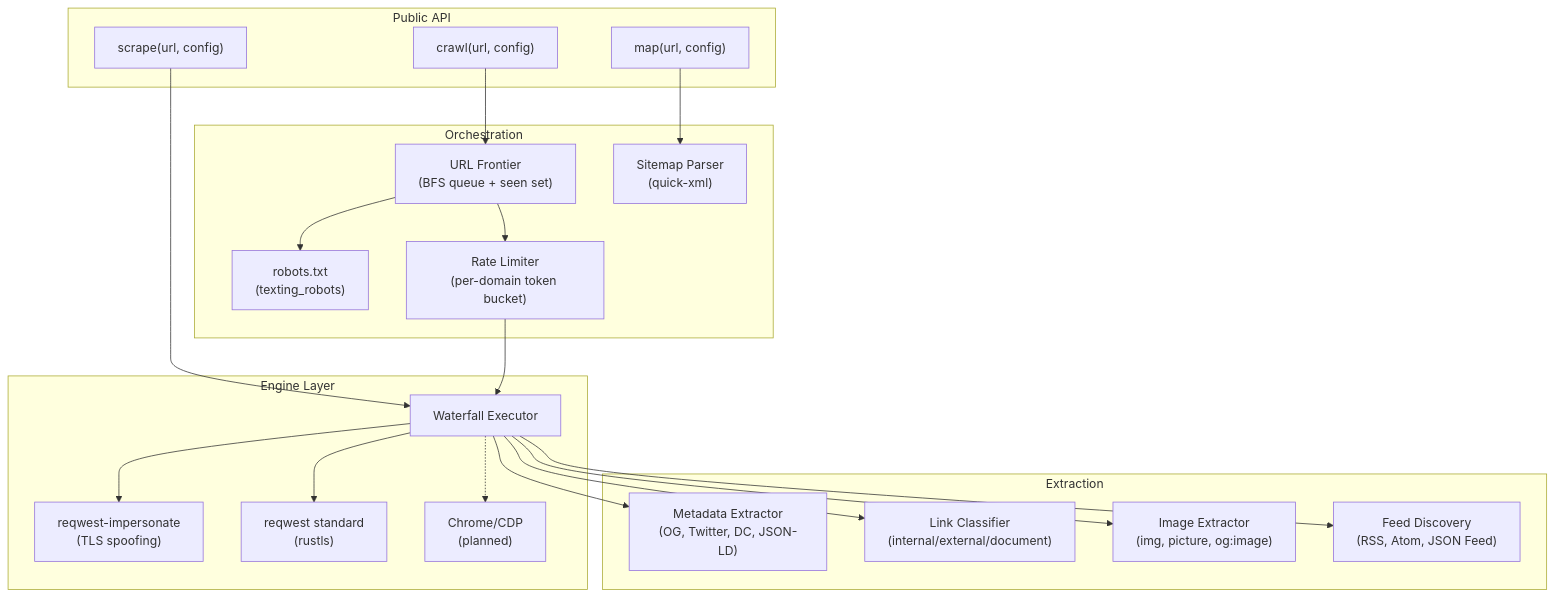
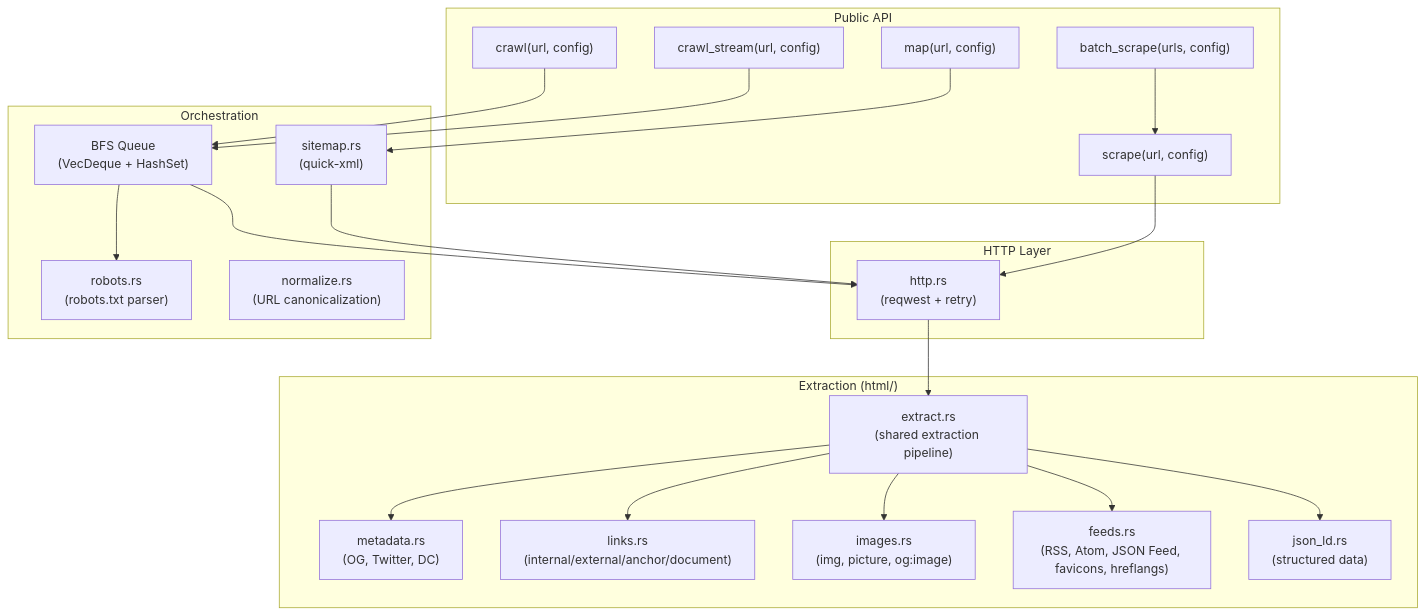
Before and after one commit to kreuzberg-dev/kreuzcrawl: the first of 2 diagrams in README.md, drawn with Mermaid. The commit also changed other lines of this file and 6 other files, not shown here.

````diff
--- a/README.md
+++ b/README.md
@@ -18,46 +23,47 @@
 ```mermaid
 graph TB
     subgraph "Public API"
         scrape["scrape(url, config)"]
         crawl["crawl(url, config)"]
         map["map(url, config)"]
+        stream["crawl_stream(url, config)"]
+        batch["batch_scrape(urls, config)"]
     end
 
-    subgraph "Engine Layer"
-        waterfall["Waterfall Executor"]
-        impersonate["reqwest-impersonate<br/>(TLS spoofing)"]
-        standard["reqwest standard<br/>(rustls)"]
-        chrome["Chrome/CDP<br/>(planned)"]
+    subgraph "HTTP Layer"
+        http["http.rs<br/>(reqwest + retry)"]
     end
 
     subgraph "Orchestration"
-        frontier["URL Frontier<br/>(BFS queue + seen set)"]
-        robots["robots.txt<br/>(texting_robots)"]
-        sitemap["Sitemap Parser<br/>(quick-xml)"]
-        ratelimit["Rate Limiter<br/>(per-domain token bucket)"]
+        bfs["BFS Queue<br/>(VecDeque + HashSet)"]
+        robots["robots.rs<br/>(robots.txt parser)"]
+        sitemap["sitemap.rs<br/>(quick-xml)"]
+        normalize["normalize.rs<br/>(URL canonicalization)"]
     end
 
-    subgraph "Extraction"
-        metadata["Metadata Extractor<br/>(OG, Twitter, DC, JSON-LD)"]
-        links["Link Classifier<br/>(internal/external/document)"]
-        images["Image Extractor<br/>(img, picture, og:image)"]
-        feeds["Feed Discovery<br/>(RSS, Atom, JSON Feed)"]
+    subgraph "Extraction (html/)"
+        metadata["metadata.rs<br/>(OG, Twitter, DC)"]
+        links["links.rs<br/>(internal/external/anchor/document)"]
+        images["images.rs<br/>(img, picture, og:image)"]
+        feeds["feeds.rs<br/>(RSS, Atom, JSON Feed, favicons, hreflangs)"]
+        json_ld["json_ld.rs<br/>(structured data)"]
+        extract["extract.rs<br/>(shared extraction pipeline)"]
     end
 
-    scrape --> waterfall
-    crawl --> frontier
+    scrape --> http
+    crawl --> bfs
     map --> sitemap
+    stream --> bfs
+    batch --> scrape
 
-    frontier --> ratelimit
-    ratelimit --> waterfall
-    frontier --> robots
+    bfs --> robots
+    bfs --> http
+    sitemap --> http
 
-    waterfall --> impersonate
-    waterfall --> standard
-    waterfall -.-> chrome
-
-    waterfall --> metadata
-    waterfall --> links
-    waterfall --> images
-    waterfall --> feeds
+    http --> extract
+    extract --> metadata
+    extract --> links
+    extract --> images
+    extract --> feeds
+    extract --> json_ld
 ```
````
